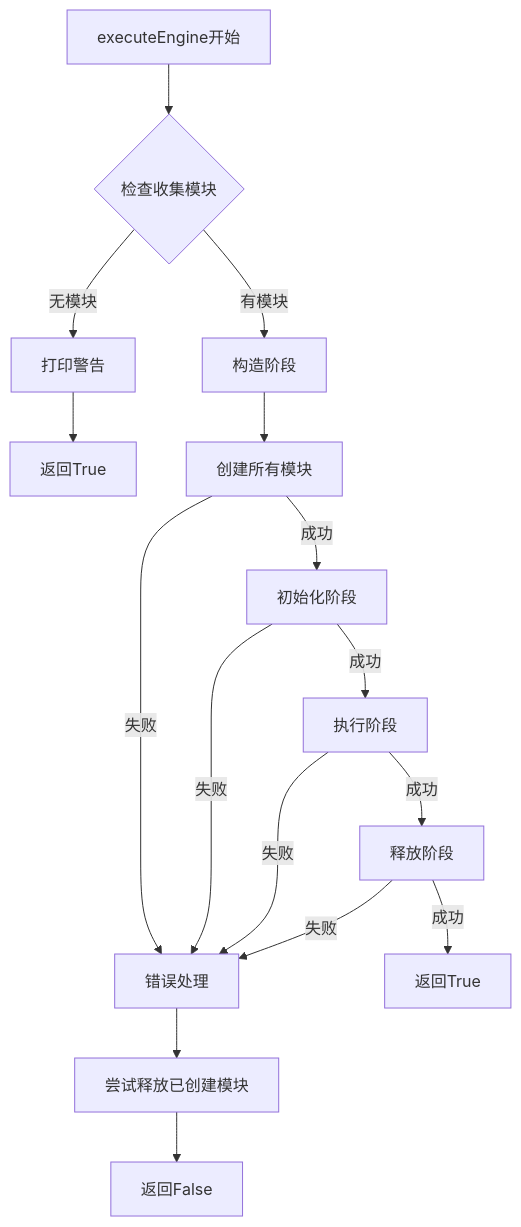
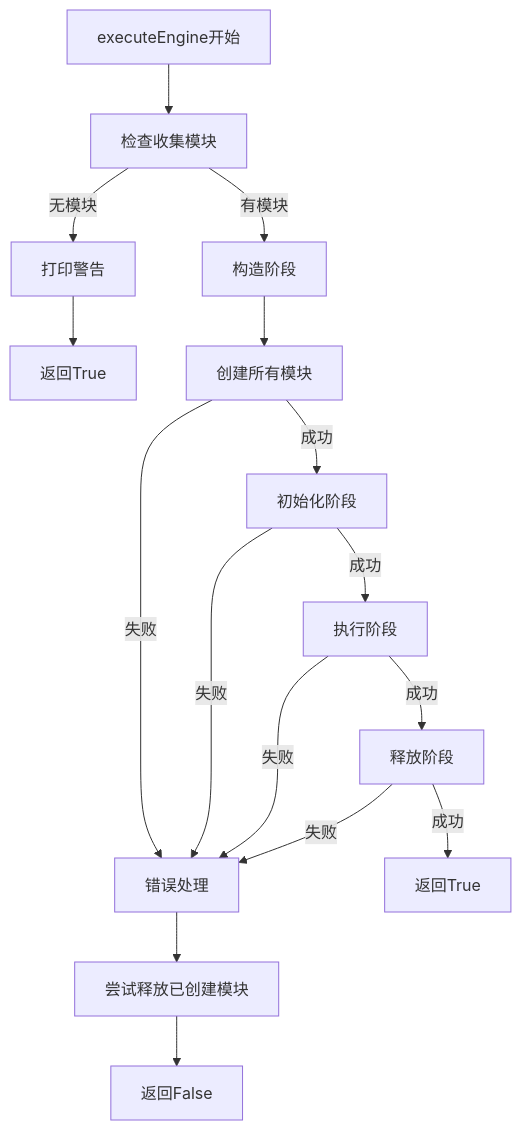
One commit to loong22/paraConfig changed the third of 5 diagrams in doc.md. Above: the diagram before and after it, drawn with Mermaid. The commit also changed other lines of this file and 3 other files, not shown here.

````diff
--- a/doc.md
+++ b/doc.md
@@ -258,18 +300,18 @@
 ```mermaid
 flowchart TD
-    A[executeEngine开始] --> B{检查收集模块}
+    A[executeEngine开始] --> B[检查收集模块]
     B -->|无模块| C[打印警告]
     C --> D[返回True]
     B -->|有模块| E[构造阶段]
     E --> F[创建所有模块]
     F -->|失败| G[错误处理]
     F -->|成功| H[初始化阶段]
     H -->|失败| G
     H -->|成功| I[执行阶段]
     I -->|失败| G
     I -->|成功| J[释放阶段]
     J -->|失败| G
     J -->|成功| K[返回True]
     G --> L[尝试释放已创建模块]
     L --> M[返回False]
 ```
````
